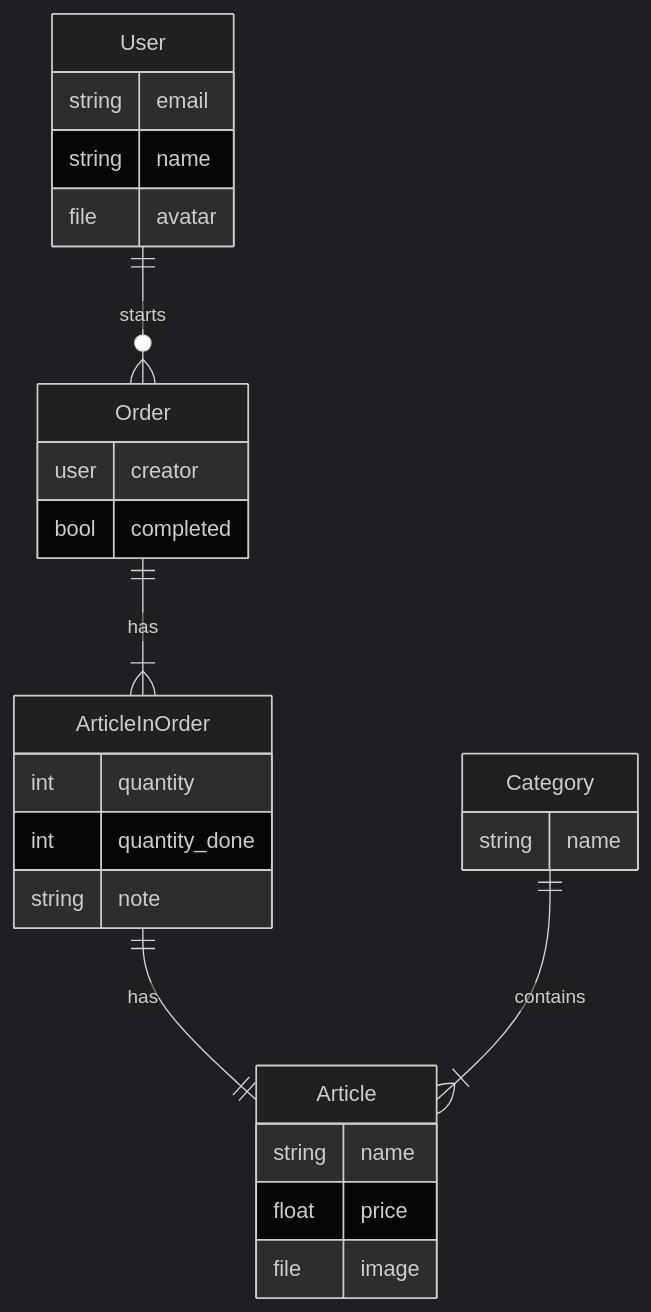
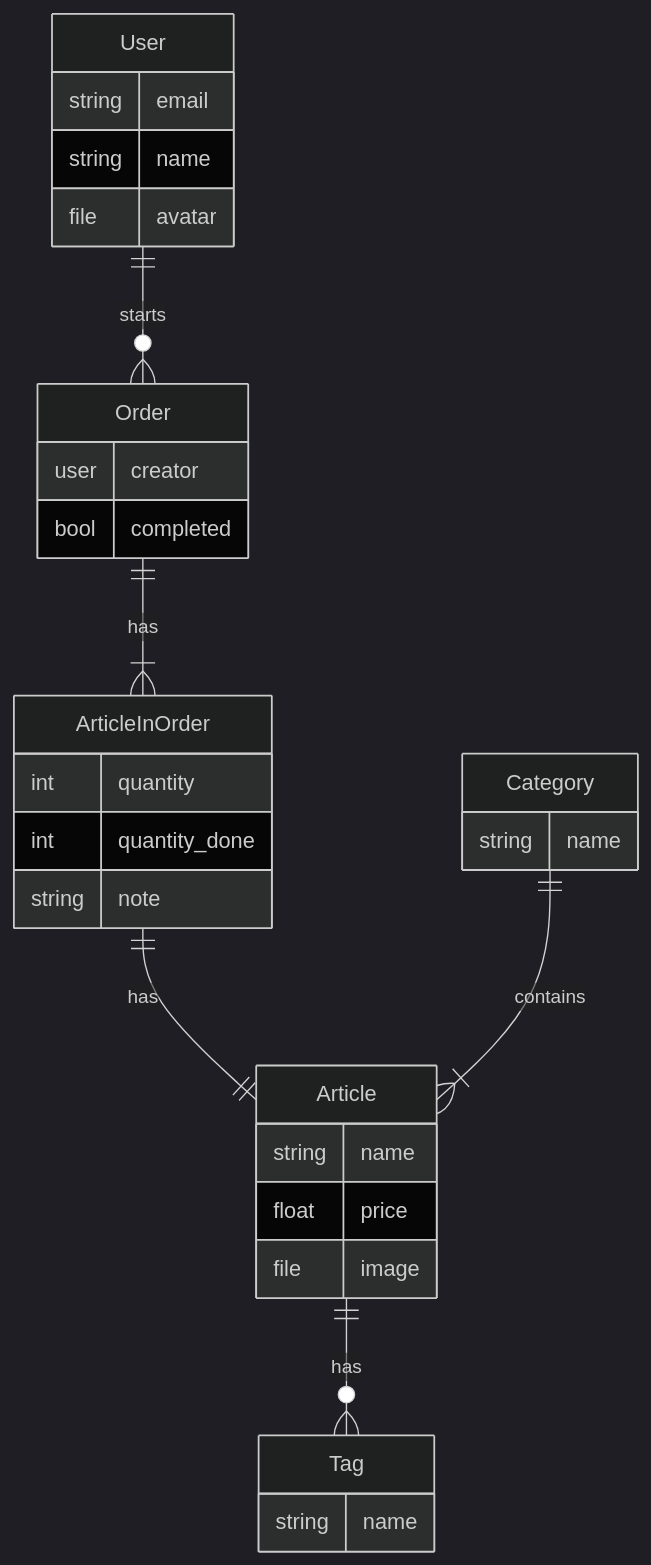
One commit to B4T3S/Snacctime changed the diagram in README.md. Above: the diagram before and after it, drawn with Mermaid (dark theme).

````diff
--- a/README.md
+++ b/README.md
@@ -16,34 +16,39 @@
 ```mermaid
 erDiagram
     User ||--o{ Order : starts
     Order ||--|{ ArticleInOrder : has
     ArticleInOrder ||--|| Article : has
+    Article ||--o{ Tag : has
     Category ||--|{ Article : contains
 
     User {
         string email
         string name
         file avatar
     }
 
     Order {
         user creator
         bool completed
     }
 
     Article {
         string name
         float price
         file image
     }
 
     ArticleInOrder {
         int quantity
         int quantity_done
         string note
     }
 
     Category {
         string name
     }
+
+    Tag {
+        string name
+    }
 ```
````
